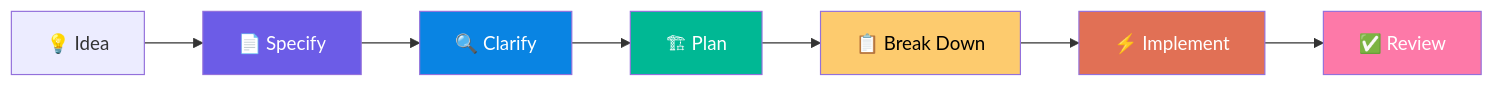
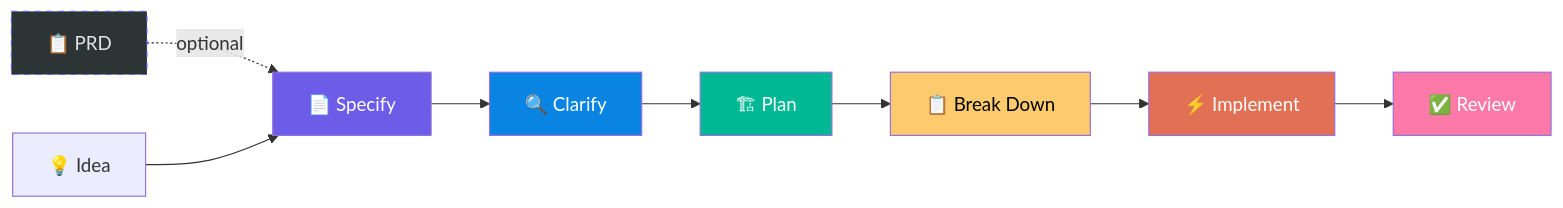
One commit to doncheli/don-cheli-sdd changed the diagram in README.md. Above: the diagram before and after it, drawn with Mermaid. The commit also changed other lines of this file and 14 other files, not shown here.

````diff
--- a/README.md
+++ b/README.md
@@ -164,16 +164,18 @@
 ```mermaid
 flowchart LR
+    P["📋 PRD"] -.->|optional| B
     A["💡 Idea"] --> B["📄 Specify"]
     B --> C["🔍 Clarify"]
     C --> D["🏗 Plan"]
     D --> E["📋 Break Down"]
     E --> F["⚡ Implement"]
     F --> G["✅ Review"]
 
+    style P fill:#2d3436,color:#dfe6e9,stroke:#6c5ce7,stroke-dasharray: 5 5
     style B fill:#6c5ce7,color:#fff
     style C fill:#0984e3,color:#fff
     style D fill:#00b894,color:#fff
     style E fill:#fdcb6e,color:#000
     style F fill:#e17055,color:#fff
     style G fill:#fd79a8,color:#fff
 ```
````
